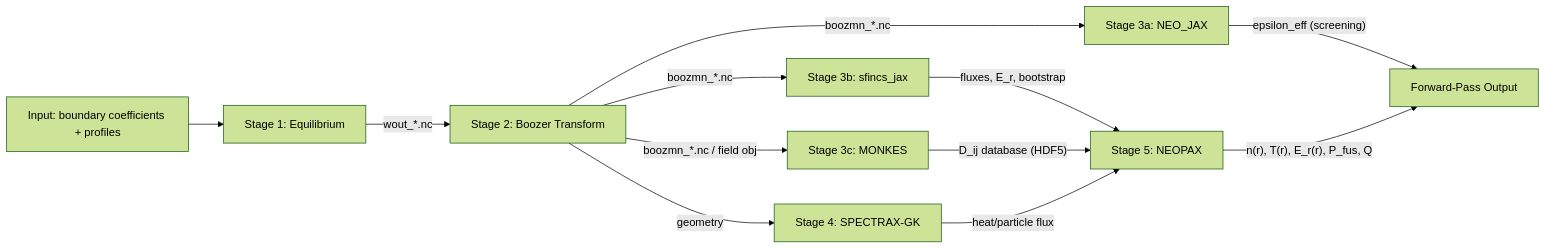
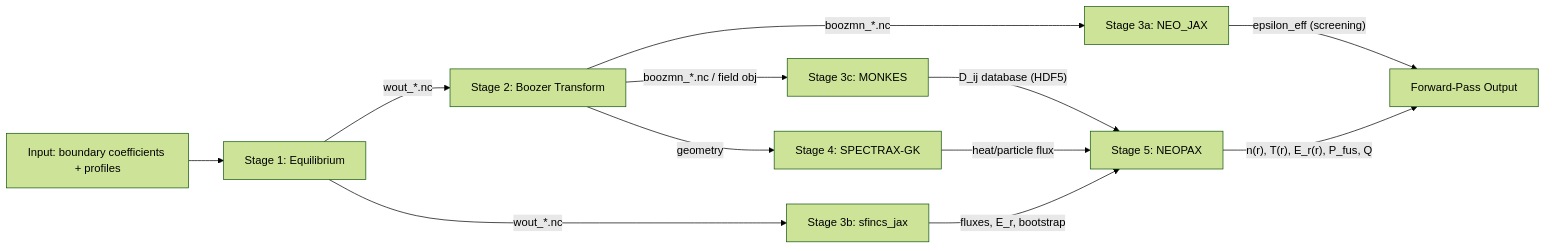
One commit to matthewfeickert/StellaForge changed the diagram in docs/workflow-integration.md. Above: the diagram before and after it, drawn with Mermaid (forest theme). The commit also changed other lines of this file and 4 other files, not shown here.

````diff
--- a/docs/workflow-integration.md
+++ b/docs/workflow-integration.md
@@ -17,14 +17,14 @@
 ```mermaid
 graph LR
     IN[Input: boundary coefficients + profiles] --> S1[Stage 1: Equilibrium]
     S1 -->|"wout_*.nc"| S2[Stage 2: Boozer Transform]
     S2 -->|"boozmn_*.nc"| S3a[Stage 3a: NEO_JAX]
-    S2 -->|"boozmn_*.nc"| S3b[Stage 3b: sfincs_jax]
+    S1 -->|"wout_*.nc"| S3b[Stage 3b: sfincs_jax]
     S2 -->|"boozmn_*.nc / field obj"| S3c[Stage 3c: MONKES]
     S2 -->|"geometry"| S4[Stage 4: SPECTRAX-GK]
     S3a -->|"epsilon_eff (screening)"| OUT
     S3b -->|"fluxes, E_r, bootstrap"| S5[Stage 5: NEOPAX]
     S3c -->|"D_ij database (HDF5)"| S5
     S4 -->|"heat/particle flux"| S5
     S5 -->|"n(r), T(r), E_r(r), P_fus, Q"| OUT[Forward-Pass Output]
 ```
````
